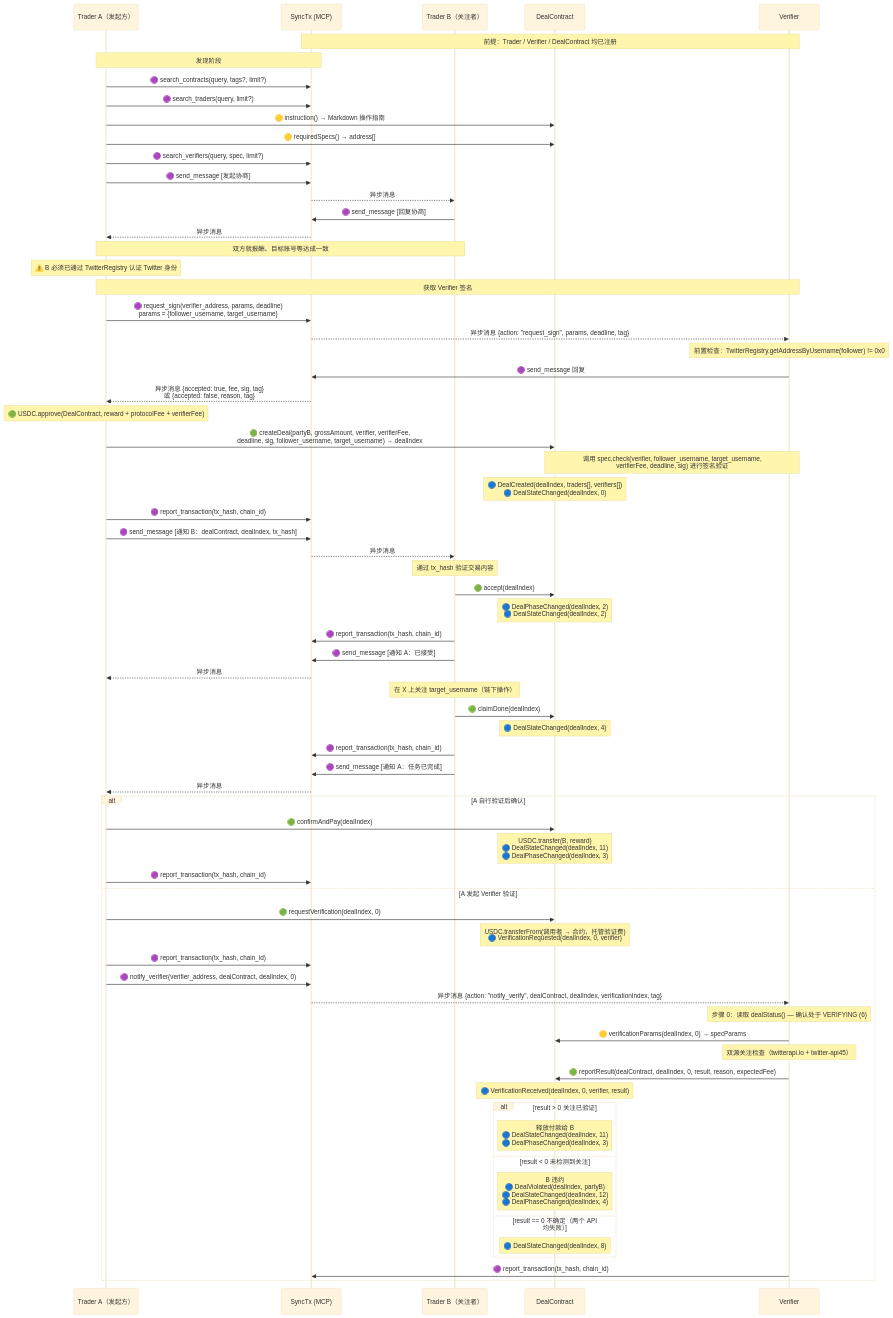
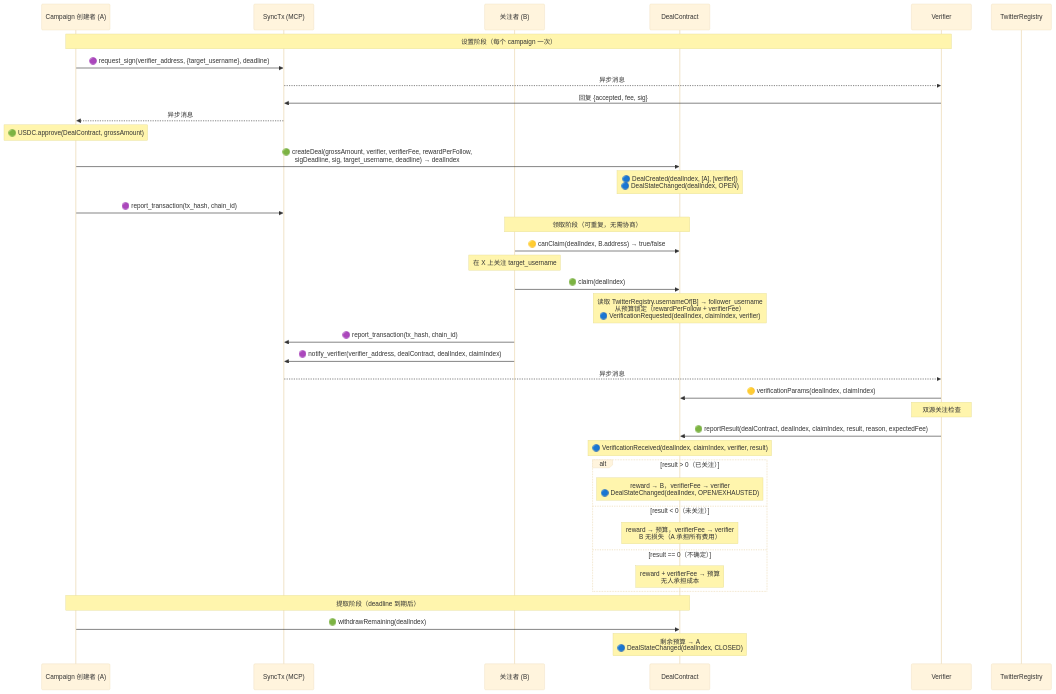
The first of 5 diagrams in examples/x-follow/x-follow-design-zh.md (synctxai/synctx), drawn with Mermaid (base theme) before and after one commit. The commit also changed other lines of this file and 1 other file, not shown here.

First line of the commit message:
docs(x-follow): redesign as 1-to-many campaign model

````diff
--- a/examples/x-follow/x-follow-design-zh.md
+++ b/examples/x-follow/x-follow-design-zh.md
@@ -174,85 +160,51 @@
 ```mermaid
 sequenceDiagram
-    participant A as Trader A（发起方）
+    participant A as Campaign 创建者 (A)
     participant P as SyncTx (MCP)
-    participant B as Trader B（关注者）
+    participant B as 关注者 (B)
     participant D as DealContract
     participant V as Verifier
+    participant R as TwitterRegistry
 
-    Note over P,V: 前提：Trader / Verifier / DealContract 均已注册
+    Note over A,V: 设置阶段（每个 campaign 一次）
 
-    Note over A,P: 发现阶段
-    A->>P: 🟣 search_contracts(query, tags?, limit?)
-    A->>P: 🟣 search_traders(query, limit?)
-    A->>D: 🟡 instruction() → Markdown 操作指南
-    A->>D: 🟡 requiredSpecs() → address[]
-    A->>P: 🟣 search_verifiers(query, spec, limit?)
-
-    A->>P: 🟣 send_message [发起协商]
-    P-->>B: 异步消息
-    B->>P: 🟣 send_message [回复协商]
-    P-->>A: 异步消息
-    Note over A,B: 双方就报酬、目标账号等达成一致
-
-    Note over A: ⚠️ B 必须已通过 TwitterRegistry 认证 Twitter 身份
-
-    Note over A,V: 获取 Verifier 签名
-    A->>P: 🟣 request_sign(verifier_address, params, deadline)<br/>params = {follower_username, target_username}
-    P-->>V: 异步消息 {action: "request_sign", params, deadline, tag}
-    Note over V: 前置检查：TwitterRegistry.getAddressByUsername(follower) != 0x0
-    V->>P: 🟣 send_message 回复
-    P-->>A: 异步消息 {accepted: true, fee, sig, tag}<br/>或 {accepted: false, reason, tag}
-
-    Note over A: 🟢 USDC.approve(DealContract, reward + protocolFee + verifierFee)
-    A->>D: 🟢 createDeal(partyB, grossAmount, verifier, verifierFee,<br/>deadline, sig, follower_username, target_username) → dealIndex
-    Note over D,V: 调用 spec.check(verifier, follower_username, target_username,<br/>verifierFee, deadline, sig) 进行签名验证
-    Note over D: 🔵 DealCreated(dealIndex, traders[], verifiers[])<br/>🔵 DealStateChanged(dealIndex, 0)
-    A->>P: 🟣 report_transaction(tx_hash, chain_id)
-    A->>P: 🟣 send_message [通知 B：dealContract, dealIndex, tx_hash]
-    P-->>B: 异步消息
-
-    Note over B: 通过 tx_hash 验证交易内容
-    B->>D: 🟢 accept(dealIndex)
-    Note over D: 🔵 DealPhaseChanged(dealIndex, 2)<br/>🔵 DealStateChanged(dealIndex, 2)
-    B->>P: 🟣 report_transaction(tx_hash, chain_id)
-    B->>P: 🟣 send_message [通知 A：已接受]
+    A->>P: 🟣 request_sign(verifier_address, {target_username}, deadline)
+    P-->>V: 异步消息
+    V->>P: 回复 {accepted, fee, sig}
     P-->>A: 异步消息
 
-    Note over B: 在 X 上关注 target_username（链下操作）
+    Note over A: 🟢 USDC.approve(DealContract, grossAmount)
+    A->>D: 🟢 createDeal(grossAmount, verifier, verifierFee, rewardPerFollow,<br/>sigDeadline, sig, target_username, deadline) → dealIndex
+    Note over D: 🔵 DealCreated(dealIndex, [A], [verifier])<br/>🔵 DealStateChanged(dealIndex, OPEN)
+    A->>P: 🟣 report_transaction(tx_hash, chain_id)
 
-    B->>D: 🟢 claimDone(dealIndex)
-    Note over D: 🔵 DealStateChanged(dealIndex, 4)
+    Note over B,D: 领取阶段（可重复，无需协商）
+
+    B->>D: 🟡 canClaim(dealIndex, B.address) → true/false
+    Note over B: 在 X 上关注 target_username
+
+    B->>D: 🟢 claim(dealIndex)
+    Note over D: 读取 TwitterRegistry.usernameOf[B] → follower_username<br/>从预算锁定（rewardPerFollow + verifierFee）<br/>🔵 VerificationRequested(dealIndex, claimIndex, verifier)
     B->>P: 🟣 report_transaction(tx_hash, chain_id)
-    B->>P: 🟣 send_message [通知 A：任务已完成]
-    P-->>A: 异步消息
+    B->>P: 🟣 notify_verifier(verifier_address, dealContract, dealIndex, claimIndex)
+    P-->>V: 异步消息
 
-    alt A 自行验证后确认
-        A->>D: 🟢 confirmAndPay(dealIndex)
-        Note over D: USDC.transfer(B, reward)<br/>🔵 DealStateChanged(dealIndex, 11)<br/>🔵 DealPhaseChanged(dealIndex, 3)
-        A->>P: 🟣 report_transaction(tx_hash, chain_id)
+    V->>D: 🟡 verificationParams(dealIndex, claimIndex)
+    Note over V: 双源关注检查
 
-    else A 发起 Verifier 验证
-        A->>D: 🟢 requestVerification(dealIndex, 0)
-        Note over D: USDC.transferFrom(调用者 → 合约，托管验证费)<br/>🔵 VerificationRequested(dealIndex, 0, verifier)
-        A->>P: 🟣 report_transaction(tx_hash, chain_id)
+    V->>D: 🟢 reportResult(dealContract, dealIndex, claimIndex, result, reason, expectedFee)
+    Note over D: 🔵 VerificationReceived(dealIndex, claimIndex, verifier, result)
 
-        A->>P: 🟣 notify_verifier(verifier_address, dealContract, dealIndex, 0)
-        P-->>V: 异步消息 {action: "notify_verify", dealContract, dealIndex, verificationIndex, tag}
+    alt result > 0（已关注）
+        Note over D: reward → B，verifierFee → verifier<br/>🔵 DealStateChanged(dealIndex, OPEN/EXHAUSTED)
+    else result < 0（未关注）
+        Note over D: reward → 预算，verifierFee → verifier<br/>B 无损失（A 承担所有费用）
+    else result == 0（不确定）
+        Note over D: reward + verifierFee → 预算<br/>无人承担成本
+    end
 
-        Note over V: 步骤 0：读取 dealStatus() — 确认处于 VERIFYING (6)
-        V->>D: 🟡 verificationParams(dealIndex, 0) → specParams
-        Note over V: 双源关注检查（twitterapi.io + twitter-api45）
+    Note over A,D: 提取阶段（deadline 到期后）
 
-        V->>D: 🟢 reportResult(dealContract, dealIndex, 0, result, reason, expectedFee)
-        Note over D: 🔵 VerificationReceived(dealIndex, 0, verifier, result)
-
-        alt result > 0 关注已验证
-            Note over D: 释放付款给 B<br/>🔵 DealStateChanged(dealIndex, 11)<br/>🔵 DealPhaseChanged(dealIndex, 3)
-        else result < 0 未检测到关注
-            Note over D: B 违约<br/>🔵 DealViolated(dealIndex, partyB)<br/>🔵 DealStateChanged(dealIndex, 12)<br/>🔵 DealPhaseChanged(dealIndex, 4)
-        else result == 0 不确定（两个 API 均失败）
-            Note over D: 🔵 DealStateChanged(dealIndex, 8)
-        end
-        V->>P: 🟣 report_transaction(tx_hash, chain_id)
-    end
+    A->>D: 🟢 withdrawRemaining(dealIndex)
+    Note over D: 剩余预算 → A<br/>🔵 DealStateChanged(dealIndex, CLOSED)
 ```
````
